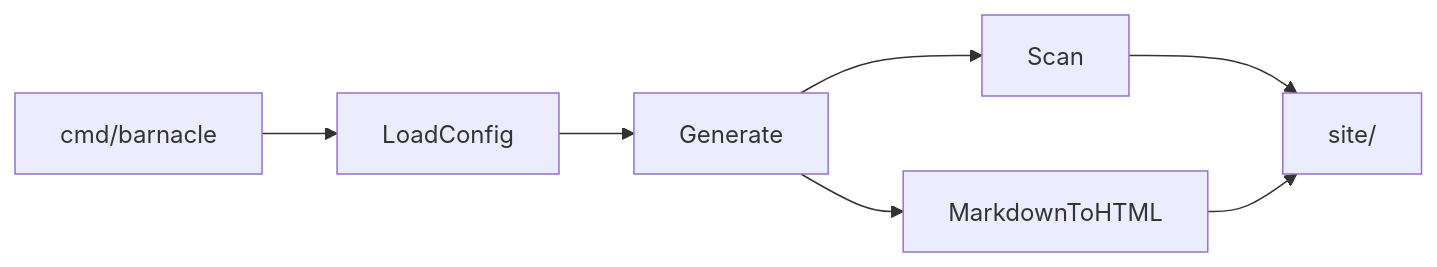
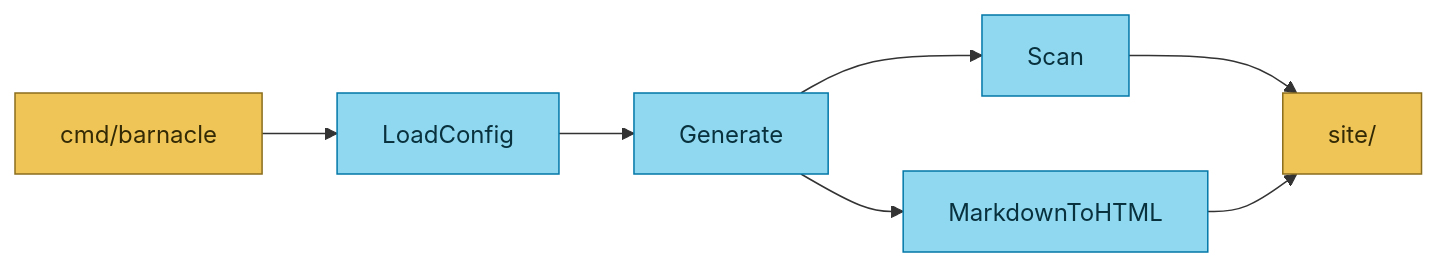
The first of 2 diagrams in cmd/barnacle/main.go.md (fordaj/barnacle), drawn with Mermaid before and after one commit. The commit also changed 23 other files, not shown here.

````diff
--- a/cmd/barnacle/main.go.md
+++ b/cmd/barnacle/main.go.md
@@ -3,13 +3,17 @@
 ```mermaid
 flowchart LR
-    CLI[cmd/barnacle] --> Config[LoadConfig]
+    CLI["cmd/barnacle"] --> Config[LoadConfig]
     Config --> Generate[Generate]
     Generate --> Scan[Scan]
     Generate --> Render[MarkdownToHTML]
-    Scan --> Site[site/]
+    Scan --> Site["site/"]
     Render --> Site
     click Config href "../../internal/barnacle/config.go.md"
     click Generate href "../../internal/barnacle/site.go.md"
     click Scan href "../../internal/barnacle/scan.go.md"
     click Render href "../../internal/barnacle/render.go.md"
+    class CLI,Site folder
+    class Config,Generate,Scan,Render goFile
+    classDef folder fill:#f0c558,stroke:#8a6d1c,color:#332a05
+    classDef goFile fill:#8fd8ef,stroke:#0277a8,color:#08303d
 ```
````
